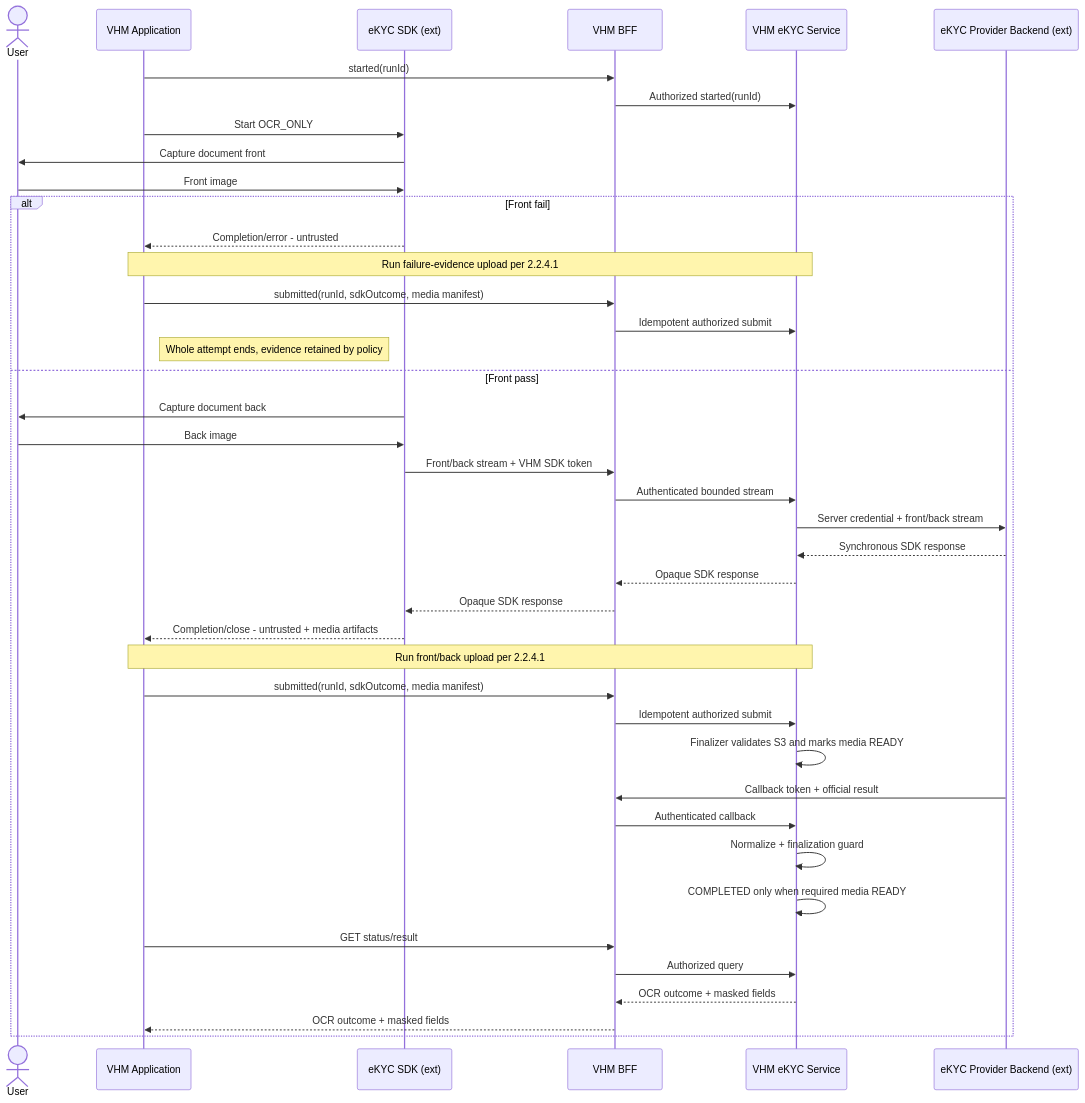
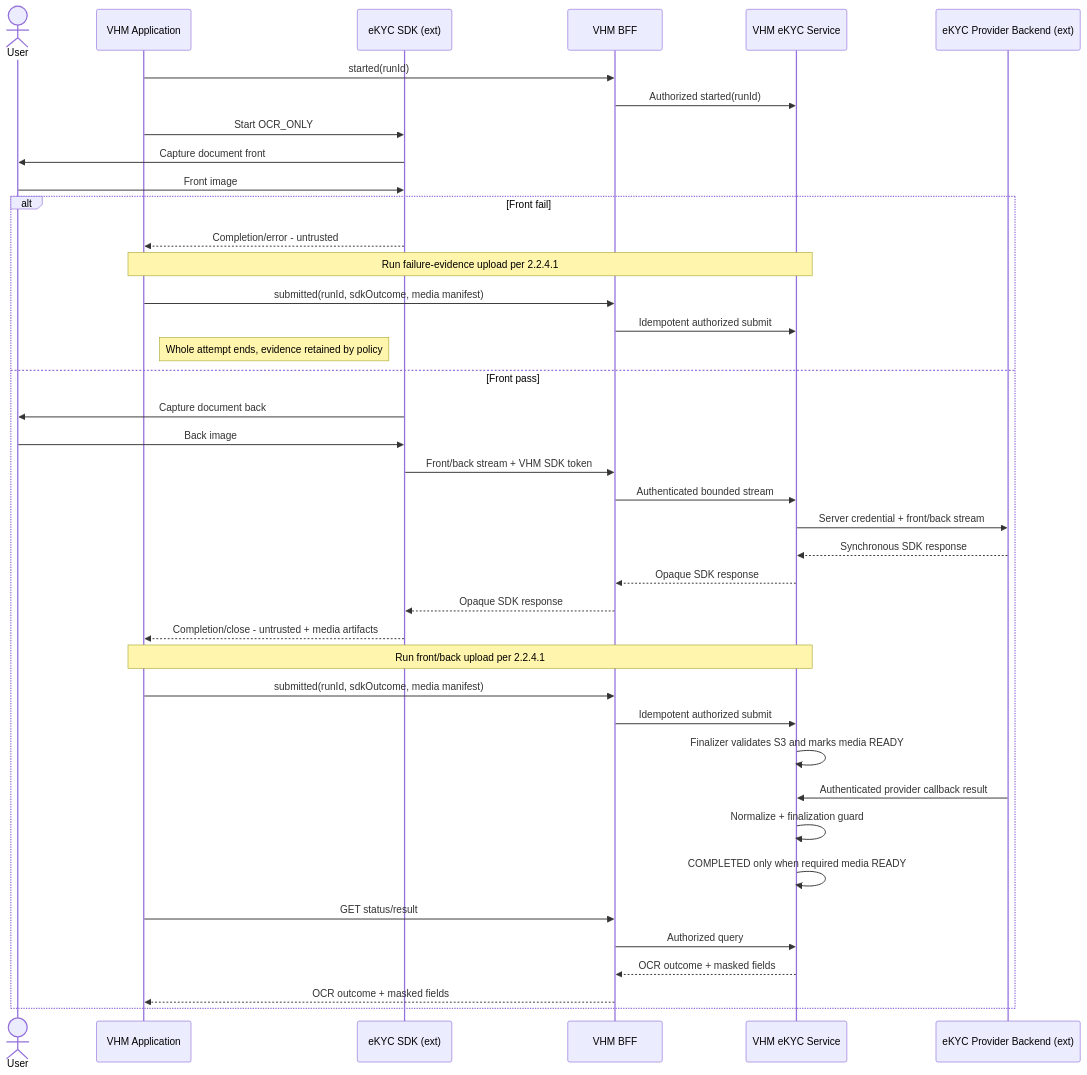
One commit to huynv-xyz/vhm changed diagram 12 of 19 in tdd2.md. Above: the diagram before and after it, drawn with Mermaid. The commit also changed other lines of this file, not shown here.

````diff
--- a/tdd2.md
+++ b/tdd2.md
@@ -1169,43 +1164,42 @@
 ```mermaid
 sequenceDiagram
     actor User
     participant APP as VHM Application
     participant SDK as eKYC SDK (ext)
     participant BFF as VHM BFF
     participant EKYC_SERVICE as VHM eKYC Service
     participant BACKEND as eKYC Provider Backend (ext)
     APP->>BFF: started(runId)
     BFF->>EKYC_SERVICE: Authorized started(runId)
     APP->>SDK: Start OCR_ONLY
     SDK->>User: Capture document front
     User->>SDK: Front image
     alt Front fail
         SDK-->>APP: Completion/error - untrusted
         Note over APP,EKYC_SERVICE: Run failure-evidence upload per 2.2.4.1
         APP->>BFF: submitted(runId, sdkOutcome, media manifest)
         BFF->>EKYC_SERVICE: Idempotent authorized submit
         Note right of APP: Whole attempt ends, evidence retained by policy
     else Front pass
         SDK->>User: Capture document back
         User->>SDK: Back image
         SDK->>BFF: Front/back stream + VHM SDK token
         BFF->>EKYC_SERVICE: Authenticated bounded stream
         EKYC_SERVICE->>BACKEND: Server credential + front/back stream
         BACKEND-->>EKYC_SERVICE: Synchronous SDK response
         EKYC_SERVICE-->>BFF: Opaque SDK response
         BFF-->>SDK: Opaque SDK response
         SDK-->>APP: Completion/close - untrusted + media artifacts
         Note over APP,EKYC_SERVICE: Run front/back upload per 2.2.4.1
         APP->>BFF: submitted(runId, sdkOutcome, media manifest)
         BFF->>EKYC_SERVICE: Idempotent authorized submit
         EKYC_SERVICE->>EKYC_SERVICE: Finalizer validates S3 and marks media READY
-        BACKEND->>BFF: Callback token + official result
-        BFF->>EKYC_SERVICE: Authenticated callback
+        BACKEND->>EKYC_SERVICE: Authenticated provider callback result
         EKYC_SERVICE->>EKYC_SERVICE: Normalize + finalization guard
         EKYC_SERVICE->>EKYC_SERVICE: COMPLETED only when required media READY
         APP->>BFF: GET status/result
         BFF->>EKYC_SERVICE: Authorized query
         EKYC_SERVICE-->>BFF: OCR outcome + masked fields
         BFF-->>APP: OCR outcome + masked fields
     end
 ```
````
